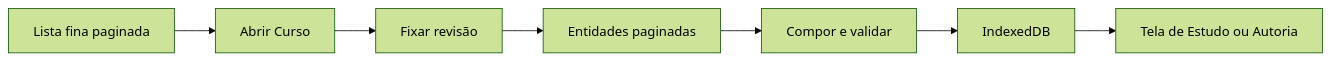
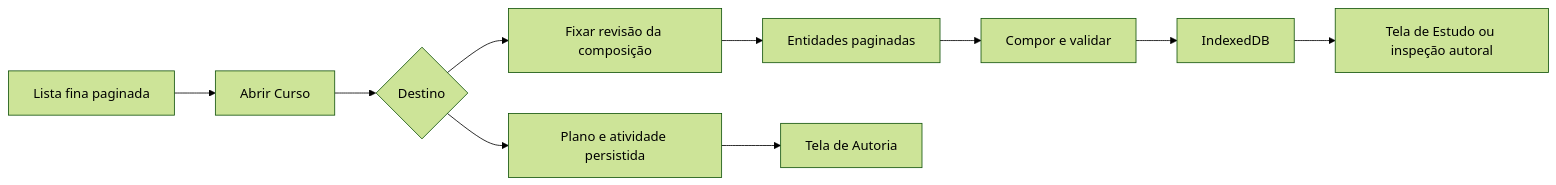
The second of 2 diagrams in docs/estado-atual-e-roadmap.md (fabio-ara/AraLearn), drawn with Mermaid (forest theme) before and after one commit. The commit also changed other lines of this file and 61 other files, not shown here.

````diff
--- a/docs/estado-atual-e-roadmap.md
+++ b/docs/estado-atual-e-roadmap.md
@@ -68,9 +73,12 @@
 ```mermaid
 flowchart LR
     L[Lista fina paginada] --> O[Abrir Curso]
-    O --> R[Fixar revisão]
+    O --> D{Destino}
+    D --> A[Plano e atividade persistida]
+    D --> R[Fixar revisão da composição]
     R --> P[Entidades paginadas]
     P --> V[Compor e validar]
     V --> I[IndexedDB]
-    I --> T[Tela de Estudo ou Autoria]
+    A --> T[Tela de Autoria]
+    I --> U[Tela de Estudo ou inspeção autoral]
 ```
````
